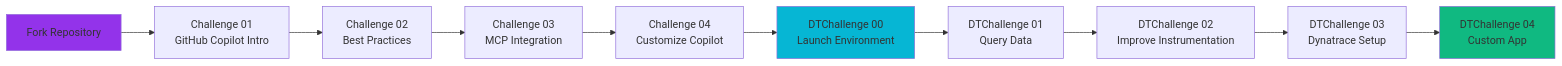
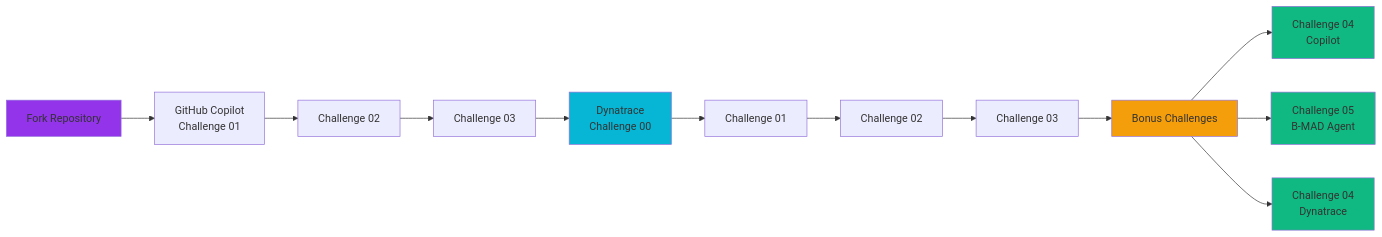
One commit to tarunchy/Perform-Hackathon-2026 changed the diagram in docs/index.md. Above: the diagram before and after it, drawn with Mermaid.

Commit message:
Update docs/index.md learning path to match hackathon-index
- Fix learning path diagram to show correct challenge flow
- Remove Challenge 04 from main flow (it's a bonus challenge)
- Add all three bonus challenges (04 Copilot, 05 B-MAD Agent, 04 Dynatrace)
- Update styling to match hackathon-index.md diagram
- Ensure consistency between main page and hackathon index

````diff
--- a/docs/index.md
+++ b/docs/index.md
@@ -78,16 +78,21 @@
 ```mermaid
 graph LR
-    A[Fork Repository] --> B[Challenge 01<br/>GitHub Copilot Intro]
-    B --> C[Challenge 02<br/>Best Practices]
-    C --> D[Challenge 03<br/>MCP Integration]
-    D --> E[Challenge 04<br/>Customize Copilot]
-    E --> F[DTChallenge 00<br/>Launch Environment]
-    F --> G[DTChallenge 01<br/>Query Data]
-    G --> H[DTChallenge 02<br/>Improve Instrumentation]
-    H --> I[DTChallenge 03<br/>Dynatrace Setup]
-    I --> J[DTChallenge 04<br/>Custom App]
+    A[Fork Repository] --> B[GitHub Copilot<br/>Challenge 01]
+    B --> C[Challenge 02]
+    C --> D[Challenge 03]
+    D --> F[Dynatrace<br/>Challenge 00]
+    F --> G[Challenge 01]
+    G --> H[Challenge 02]
+    H --> I[Challenge 03]
+    I --> J[Bonus Challenges]
+    J --> K[Challenge 04<br/>Copilot]
+    J --> M[Challenge 05<br/>B-MAD Agent]
+    J --> L[Challenge 04<br/>Dynatrace]
     
     style A fill:#9333ea
     style F fill:#06b6d4
-    style J fill:#10b981
+    style J fill:#f59e0b
+    style K fill:#10b981
+    style M fill:#10b981
+    style L fill:#10b981
 ```
````
